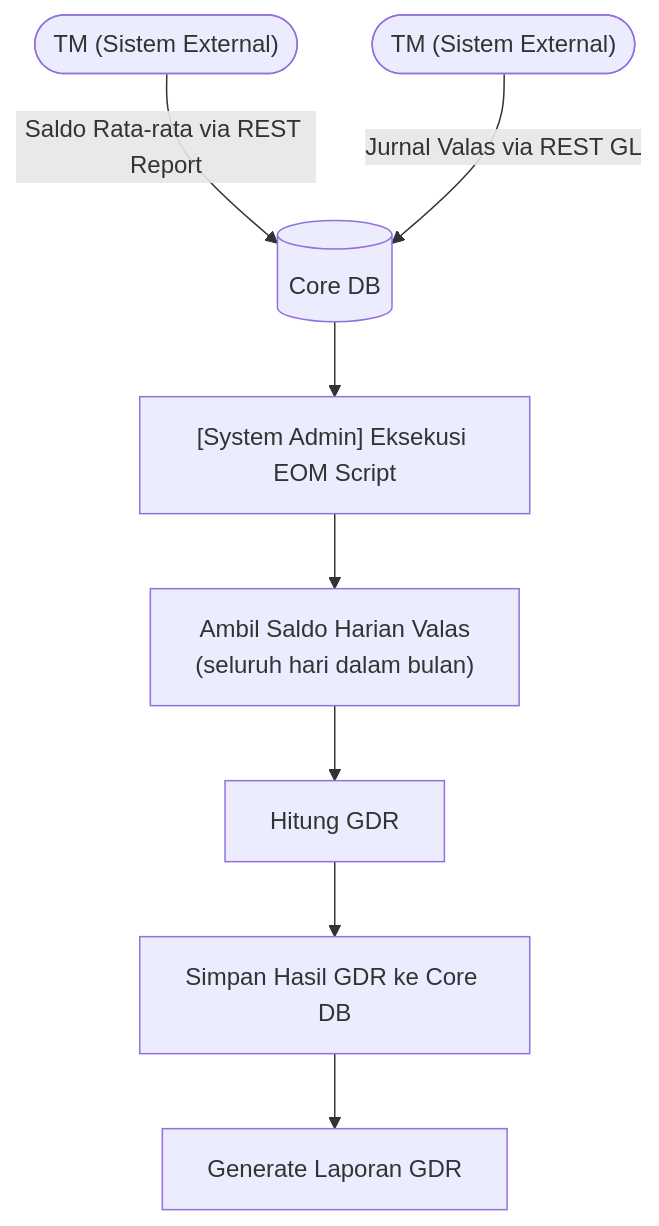
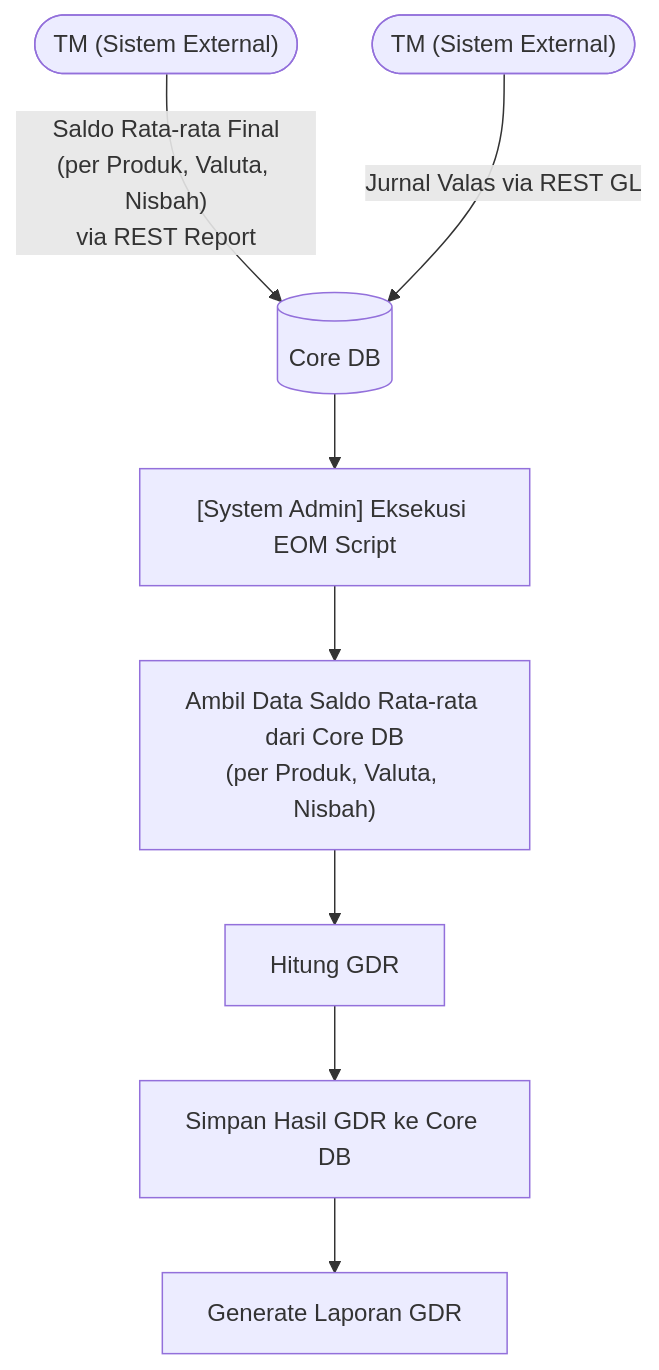
One commit to wisnu/ibank-docs changed the ninth of 9 diagrams in docs/bcas/saku_valas/fsd_sakuvalas.md. Above: the diagram before and after it, drawn with Mermaid. The commit also changed other lines of this file, not shown here.

Commit message:
docs: refine GDR simulation process description and update output details in FSD Saku Valas

````diff
--- a/docs/bcas/saku_valas/fsd_sakuvalas.md
+++ b/docs/bcas/saku_valas/fsd_sakuvalas.md
@@ -671,10 +652,10 @@
 ```mermaid
 flowchart TD
-    TM1(["TM (Sistem External)"]) -->|"Saldo Rata-rata via REST Report"| DB[("Core DB")]
+    TM1(["TM (Sistem External)"]) -->|"Saldo Rata-rata Final\n(per Produk, Valuta, Nisbah)\nvia REST Report"| DB[("Core DB")]
     TM2(["TM (Sistem External)"]) -->|"Jurnal Valas via REST GL"| DB
     DB --> A["[System Admin] Eksekusi EOM Script"]
-    A --> B["Ambil Saldo Harian Valas\n(seluruh hari dalam bulan)"]
+    A --> B["Ambil Data Saldo Rata-rata dari Core DB\n(per Produk, Valuta, Nisbah)"]
     B --> C["Hitung GDR"]
     C --> D["Simpan Hasil GDR ke Core DB"]
     D --> E["Generate Laporan GDR"]
 ```
````
